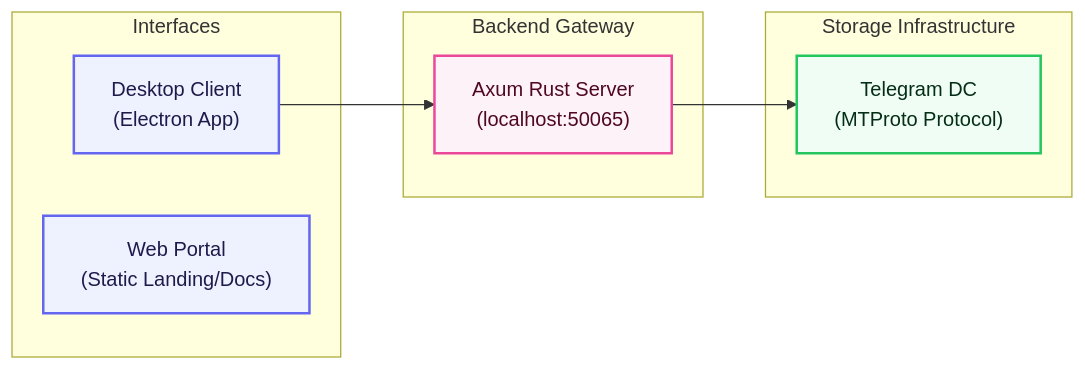
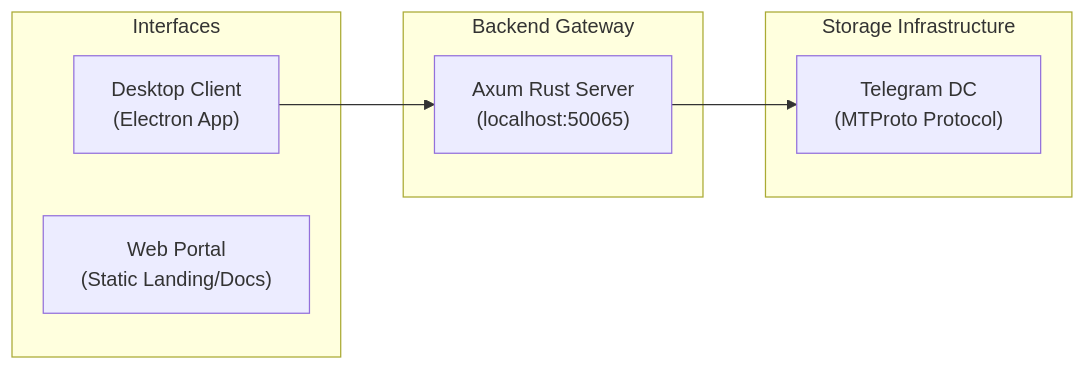
The diagram in docs/product/introduction.md (Telegramonic/telegramonic), drawn with Mermaid before and after one commit. The commit also changed 11 other files, not shown here.

First line of the commit message:
feat(TEL-22): enhance mermaid rendering layout and text visibility

````diff
--- a/docs/product/introduction.md
+++ b/docs/product/introduction.md
@@ -13,24 +13,18 @@
 ```mermaid
 graph LR
-    %% Styling
-    classDef client fill:#eef2ff,stroke:#6366f1,stroke-width:2px,color:#1e1b4b;
-    classDef common fill:#fffbeb,stroke:#f59e0b,stroke-width:2px,color:#451a03;
-    classDef server fill:#fdf2f8,stroke:#ec4899,stroke-width:2px,color:#500724;
-    classDef telegram fill:#f0fdf4,stroke:#22c55e,stroke-width:2px,color:#052e16;
-
     subgraph UserInterface ["Interfaces"]
-        Desktop["Desktop Client<br/>(Electron App)"]:::client
-        Web["Web Portal<br/>(Static Landing/Docs)"]:::client
+        Desktop["Desktop Client<br/>(Electron App)"]
+        Web["Web Portal<br/>(Static Landing/Docs)"]
     end
 
     subgraph Gateway ["Backend Gateway"]
-        Server["Axum Rust Server<br/>(localhost:50065)"]:::server
+        Server["Axum Rust Server<br/>(localhost:50065)"]
     end
 
     subgraph Storage ["Storage Infrastructure"]
-        Telegram["Telegram DC<br/>(MTProto Protocol)"]:::telegram
+        Telegram["Telegram DC<br/>(MTProto Protocol)"]
     end
 
     Desktop --> Server
     Server --> Telegram
 ```
````
